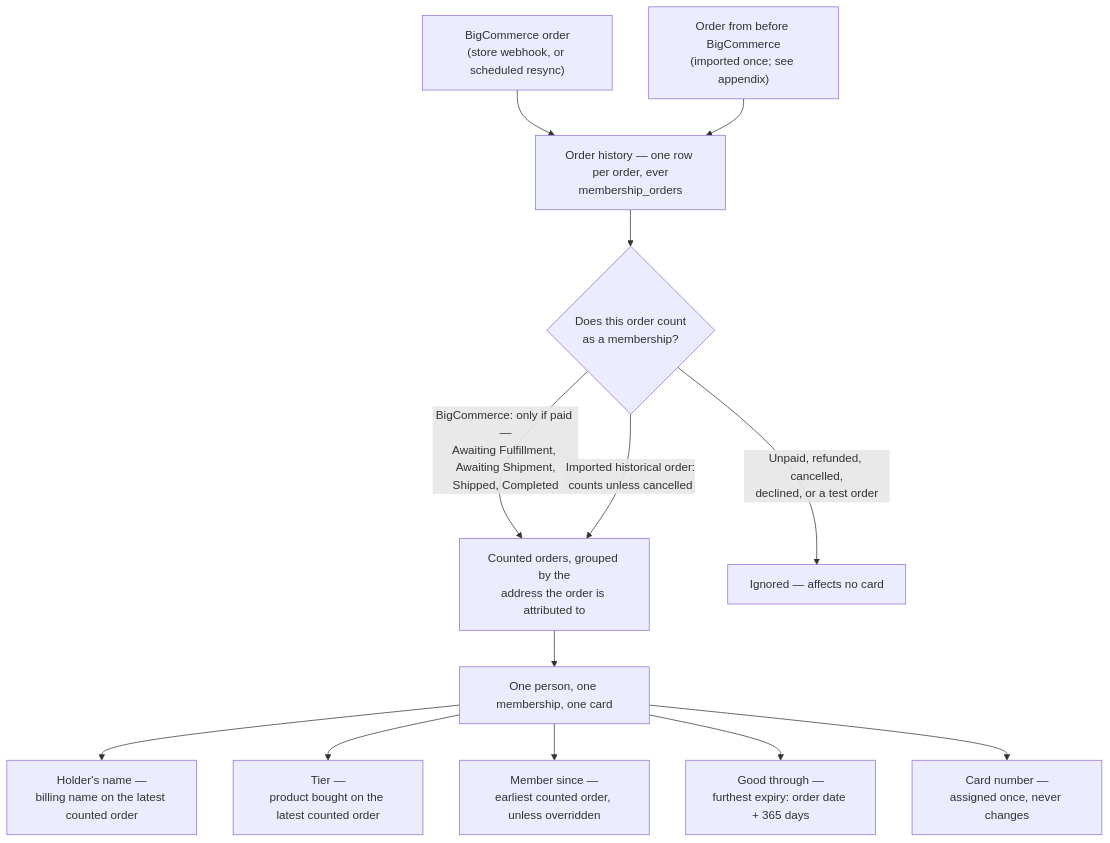
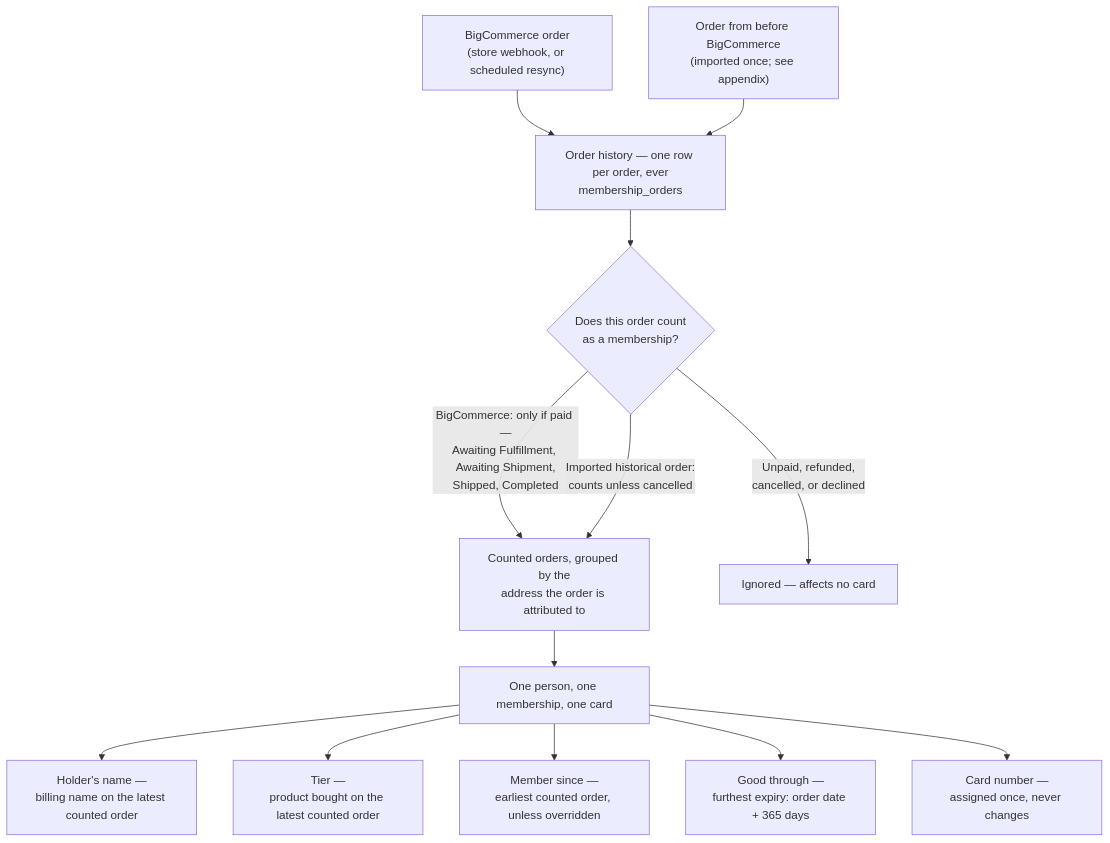
The first of 2 diagrams in docs/membership-card-provenance.md (los-verdes/card-losverd-es), drawn with Mermaid before and after one commit. The commit also changed other lines of this file and 17 other files, not shown here.

````diff
--- a/docs/membership-card-provenance.md
+++ b/docs/membership-card-provenance.md
@@ -46,17 +45,17 @@
 ```mermaid
 flowchart TD
     BC["BigCommerce order<br/>(store webhook, or scheduled resync)"] --> HIST
     SQ["Order from before BigCommerce<br/>(imported once; see appendix)"] --> HIST
     HIST["Order history — one row per order, ever<br/>membership_orders"]
     HIST --> COUNT{"Does this order count<br/>as a membership?"}
     COUNT -->|"BigCommerce: only if paid —<br/>Awaiting Fulfillment, Awaiting Shipment,<br/>Shipped, Completed"| KEEP
     COUNT -->|"Imported historical order:<br/>counts unless cancelled"| KEEP
-    COUNT -->|"Unpaid, refunded, cancelled,<br/>declined, or a test order"| DROP["Ignored — affects no card"]
+    COUNT -->|"Unpaid, refunded,<br/>cancelled, or declined"| DROP["Ignored — affects no card"]
     KEEP["Counted orders, grouped by the<br/>address the order is attributed to"]
     KEEP --> CARD["One person, one membership, one card"]
     CARD --> F1["Holder's name —<br/>billing name on the latest counted order"]
     CARD --> F2["Tier —<br/>product bought on the latest counted order"]
     CARD --> F3["Member since —<br/>earliest counted order, unless overridden"]
     CARD --> F4["Good through —<br/>furthest expiry: order date + 365 days"]
     CARD --> F5["Card number —<br/>assigned once, never changes"]
 ```
````
